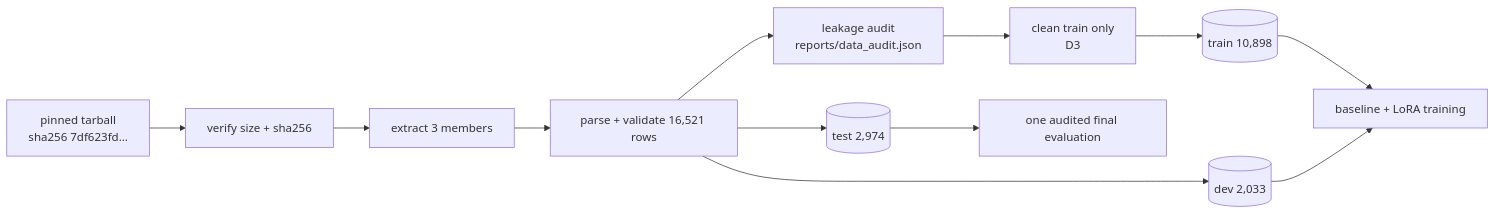
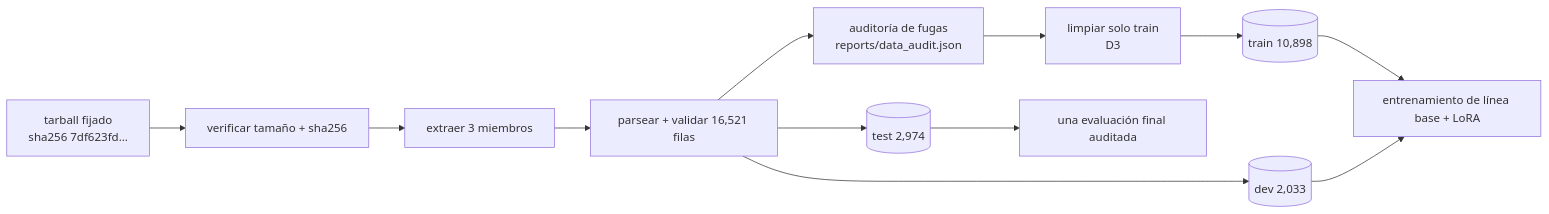
The diagram in docs/DATA.md (Eduardo12Pacheco/clasificador-de-texto-lora), drawn with Mermaid before and after one commit. The commit also changed other lines of this file and 1 other file, not shown here.

First line of the commit message:
docs(data): translate the data and evaluation guides to Spanish

````diff
--- a/docs/DATA.md
+++ b/docs/DATA.md
@@ -69,14 +66,14 @@
 ```mermaid
 flowchart LR
-  A[pinned tarball<br/>sha256 7df623fd…] --> B[verify size + sha256]
-  B --> C[extract 3 members]
-  C --> D[parse + validate 16,521 rows]
-  D --> E[leakage audit<br/>reports/data_audit.json]
-  E --> F[clean train only<br/>D3]
+  A[tarball fijado<br/>sha256 7df623fd…] --> B[verificar tamaño + sha256]
+  B --> C[extraer 3 miembros]
+  C --> D[parsear + validar 16,521 filas]
+  D --> E[auditoría de fugas<br/>reports/data_audit.json]
+  E --> F[limpiar solo train<br/>D3]
   F --> G[(train 10,898)]
   D --> H[(dev 2,033)]
   D --> I[(test 2,974)]
-  G --> J[baseline + LoRA training]
+  G --> J[entrenamiento de línea base + LoRA]
   H --> J
-  I --> K[one audited final evaluation]
+  I --> K[una evaluación final auditada]
 ```
````
